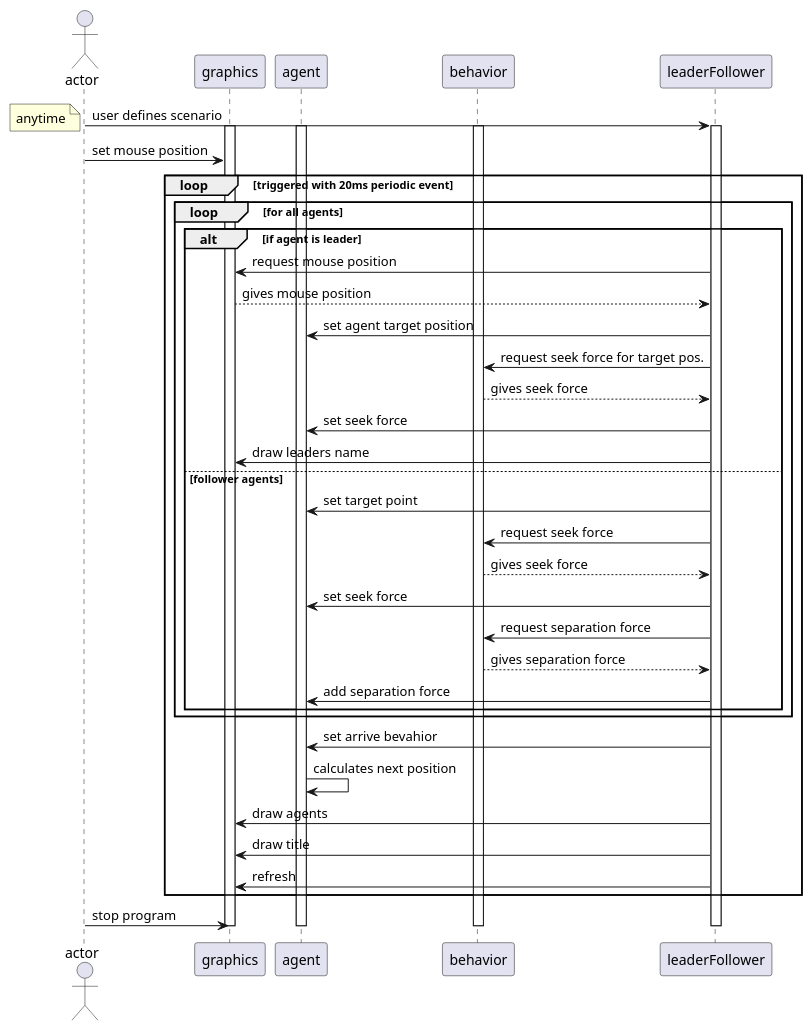
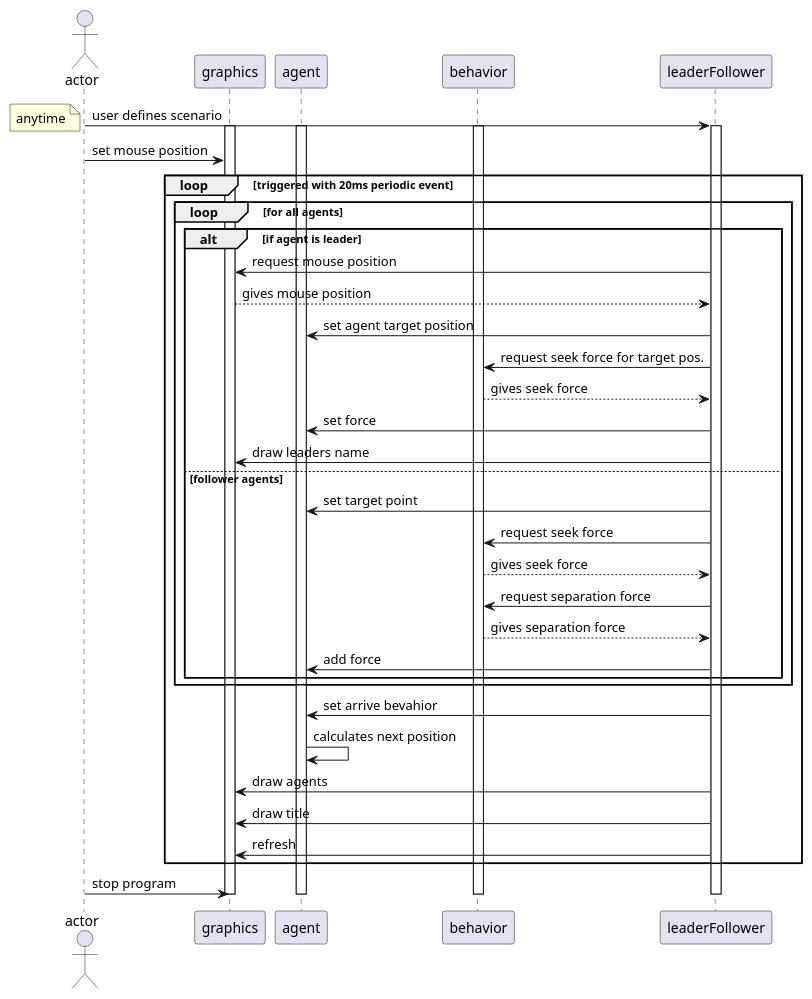
One commit to mehmetrizaoz/autonomousSteeringAgents changed the diagram in docs/uml/sequence_diagram/leaderFollower.puml. Above: the diagram before and after it, drawn with PlantUML. The commit also changed 20 other files, not shown here.

Commit message:
added all sequence diagrams

```diff
--- a/docs/uml/sequence_diagram/leaderFollower.puml
+++ b/docs/uml/sequence_diagram/leaderFollower.puml
@@ -1,46 +1,45 @@
 @startuml
 actor actor as user
 participant graphics as view
 participant agent as agent
 participant behavior as steeringBehavior
 participant leaderFollower as lF
 
 user -> lF: user defines scenario
 activate lF
 activate view
 activate agent
 activate steeringBehavior
 note left: anytime
 user -> view:  set mouse position
 loop triggered with 20ms periodic event
     loop for all agents    
         alt if agent is leader
             lF -> view: request mouse position    
             view --> lF: gives mouse position        
             lF -> agent: set agent target position
             lF -> steeringBehavior: request seek force for target pos.
             steeringBehavior --> lF: gives seek force
-            lF -> agent: set seek force            
+            lF -> agent: set force            
             lF -> view: draw leaders name
         else follower agents        
             lF -> agent: set target point 
             lF ->steeringBehavior: request seek force
-            steeringBehavior --> lF: gives seek force
-            lF ->agent: set seek force    
+            steeringBehavior --> lF: gives seek force            
             lF ->steeringBehavior: request separation force
             steeringBehavior --> lF: gives separation force
-            lF ->agent: add separation force            
+            lF ->agent: add force            
         end
     end
     lF -> agent:set arrive bevahior
     agent -> agent: calculates next position
     lF -> view: draw agents
     lF -> view: draw title
     lF -> view: refresh
 end
 user -> view: stop program
 deactivate lF
 deactivate view
 deactivate agent
 deactivate steeringBehavior
 @enduml
```
